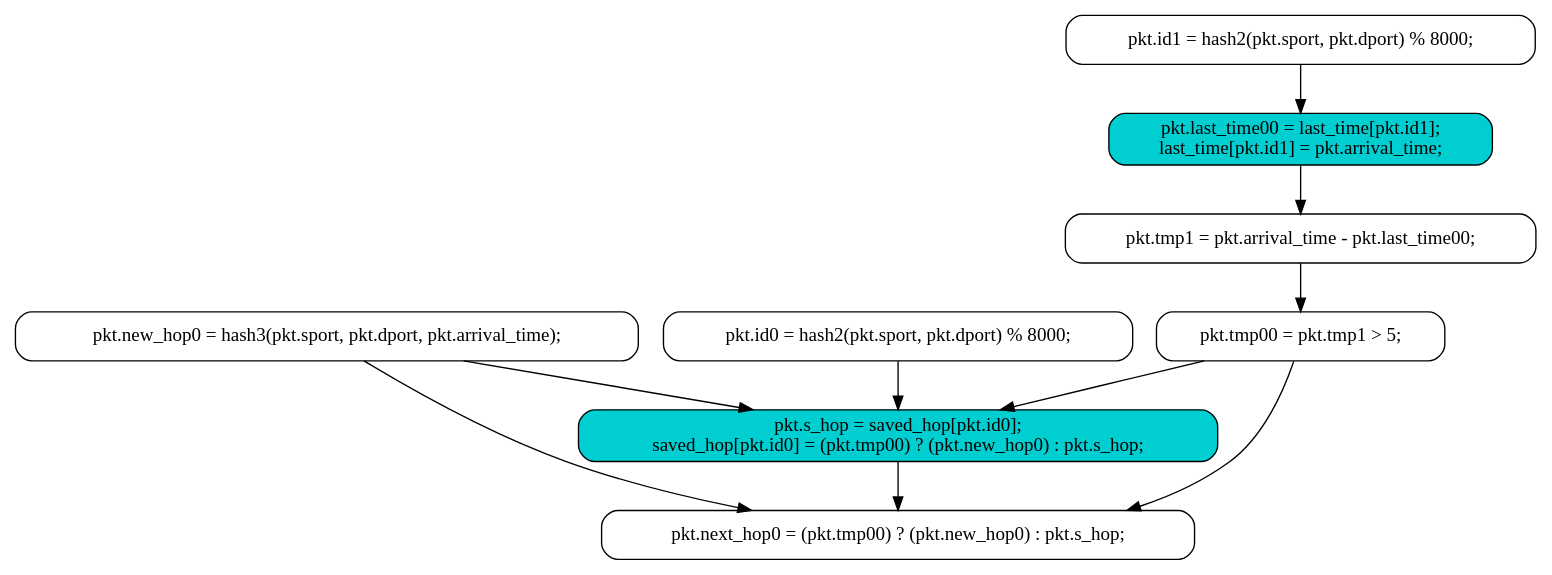
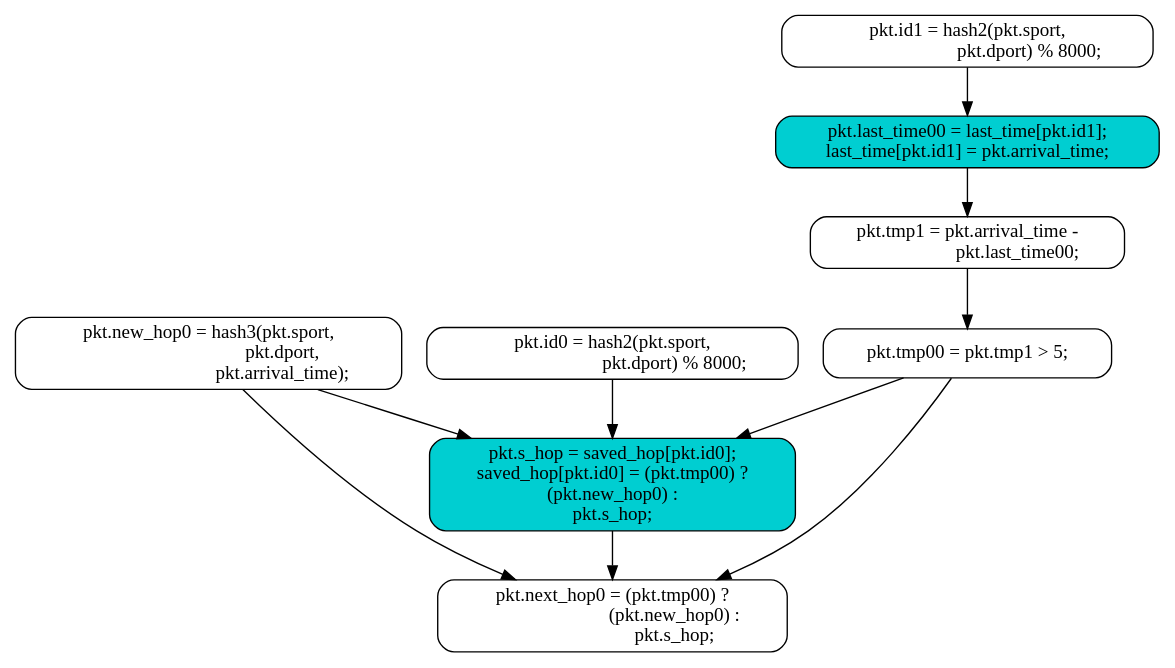
Before and after one commit to evelinad/domino-paper: the diagram in pipe.dot, drawn with Graphviz. The commit also changed 1 other file, not shown here.

```diff
--- a/pipe.dot
+++ b/pipe.dot
@@ -1,50 +1,57 @@
 digraph pipeline_diagram {
 	graph [splines=true];
 	node [fontsize=14,
 		shape=box,
 		style="rounded,filled"
 	];
 	17026276795536135580	 [fillcolor=white,
-		label="pkt.id0 = hash2(pkt.sport, pkt.dport) % 8000;
+		label="pkt.id0 = hash2(pkt.sport,
+                           pkt.dport) % 8000;
 ",
 		pos="0,0"];
 	1888421132967276013	 [fillcolor=darkturquoise,
 		label="pkt.s_hop = saved_hop[pkt.id0];
-saved_hop[pkt.id0] = (pkt.tmp00) ? (pkt.new_hop0) : pkt.s_hop;
+saved_hop[pkt.id0] = (pkt.tmp00) ?\n(pkt.new_hop0) :\npkt.s_hop;
 ",
 		pos="1000,75"];
 	17026276795536135580 -> 1888421132967276013;
 	14189279844170092958	 [fillcolor=white,
-		label="pkt.id1 = hash2(pkt.sport, pkt.dport) % 8000;
+		label="pkt.id1 = hash2(pkt.sport,
+                           pkt.dport) % 8000;
 ",
 		pos="0,75"];
 	12446252659599601705	 [fillcolor=darkturquoise,
 		label="pkt.last_time00 = last_time[pkt.id1];
 last_time[pkt.id1] = pkt.arrival_time;
 ",
 		pos="250,75"];
 	14189279844170092958 -> 12446252659599601705;
 	2099629598090192900	 [fillcolor=white,
-		label="pkt.new_hop0 = hash3(pkt.sport, pkt.dport, pkt.arrival_time);
+		label="pkt.new_hop0 = hash3(pkt.sport,
+                                pkt.dport,
+                                pkt.arrival_time);
 ",
 		pos="0,150"];
 	2099629598090192900 -> 1888421132967276013;
 	6102173050205819670	 [fillcolor=white,
-		label="pkt.next_hop0 = (pkt.tmp00) ? (pkt.new_hop0) : pkt.s_hop;
+		label="pkt.next_hop0 = (pkt.tmp00) ?
+                           (pkt.new_hop0) :
+                           pkt.s_hop;
 ",
 		pos="1300,0"];
 	2099629598090192900 -> 6102173050205819670;
 	16881394305680060328	 [fillcolor=white,
-		label="pkt.tmp1 = pkt.arrival_time - pkt.last_time00;
+		label="pkt.tmp1 = pkt.arrival_time -
+                      pkt.last_time00;
 ",
 		pos="500,0"];
 	12446252659599601705 -> 16881394305680060328;
 	7814081429072624425	 [fillcolor=white,
 		label="pkt.tmp00 = pkt.tmp1 > 5;
 ",
 		pos="750,0"];
 	16881394305680060328 -> 7814081429072624425;
 	7814081429072624425 -> 1888421132967276013;
 	7814081429072624425 -> 6102173050205819670;
 	1888421132967276013 -> 6102173050205819670;
 }
```
